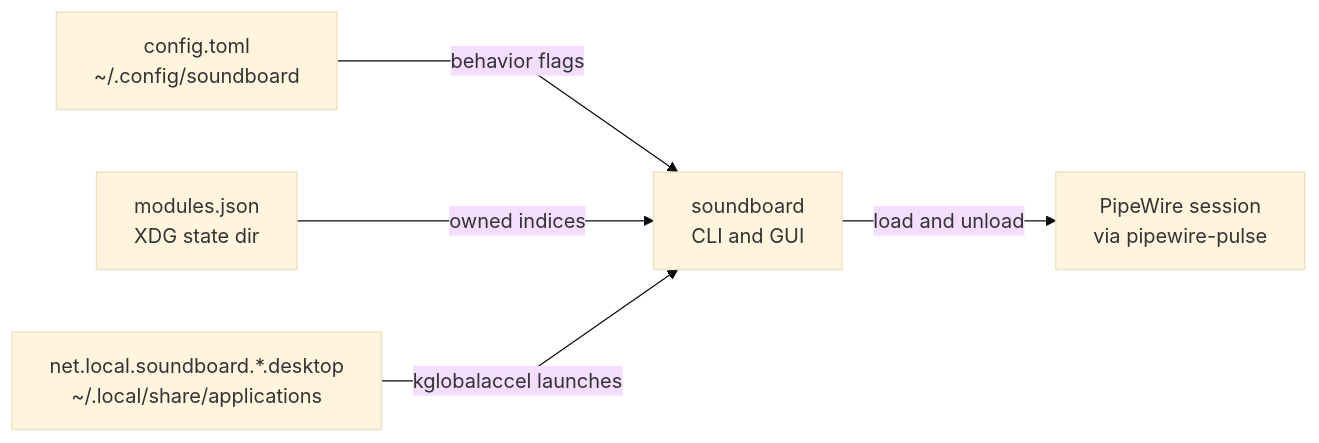
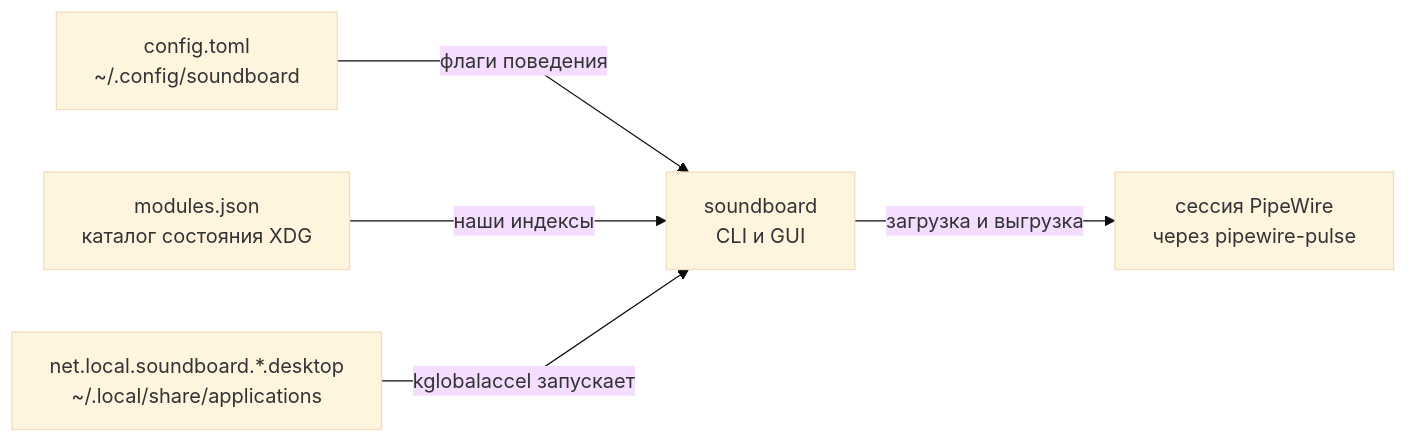
Before and after one commit to wsgoggway/soundboard: the second of 2 diagrams in docs/hld.md, drawn with Mermaid (base theme). The commit also changed other lines of this file and 8 other files, not shown here.

````diff
--- a/docs/hld.md
+++ b/docs/hld.md
@@ -82,8 +82,8 @@
 ```mermaid
 %%{init: {'flowchart': {'curve': 'linear'}}}%%
 flowchart LR
-    CFG["config.toml<br/>~/.config/soundboard"] -->|"behavior flags"| APP["soundboard<br/>CLI and GUI"]
-    STATE["modules.json<br/>XDG state dir"] -->|"owned indices"| APP
-    DESK["net.local.soundboard.*.desktop<br/>~/.local/share/applications"] -->|"kglobalaccel launches"| APP
-    APP -->|"load and unload"| PW["PipeWire session<br/>via pipewire-pulse"]
+    CFG["config.toml<br/>~/.config/soundboard"] -->|"флаги поведения"| APP["soundboard<br/>CLI и GUI"]
+    STATE["modules.json<br/>каталог состояния XDG"] -->|"наши индексы"| APP
+    DESK["net.local.soundboard.*.desktop<br/>~/.local/share/applications"] -->|"kglobalaccel запускает"| APP
+    APP -->|"загрузка и выгрузка"| PW["сессия PipeWire<br/>через pipewire-pulse"]
 ```
````
